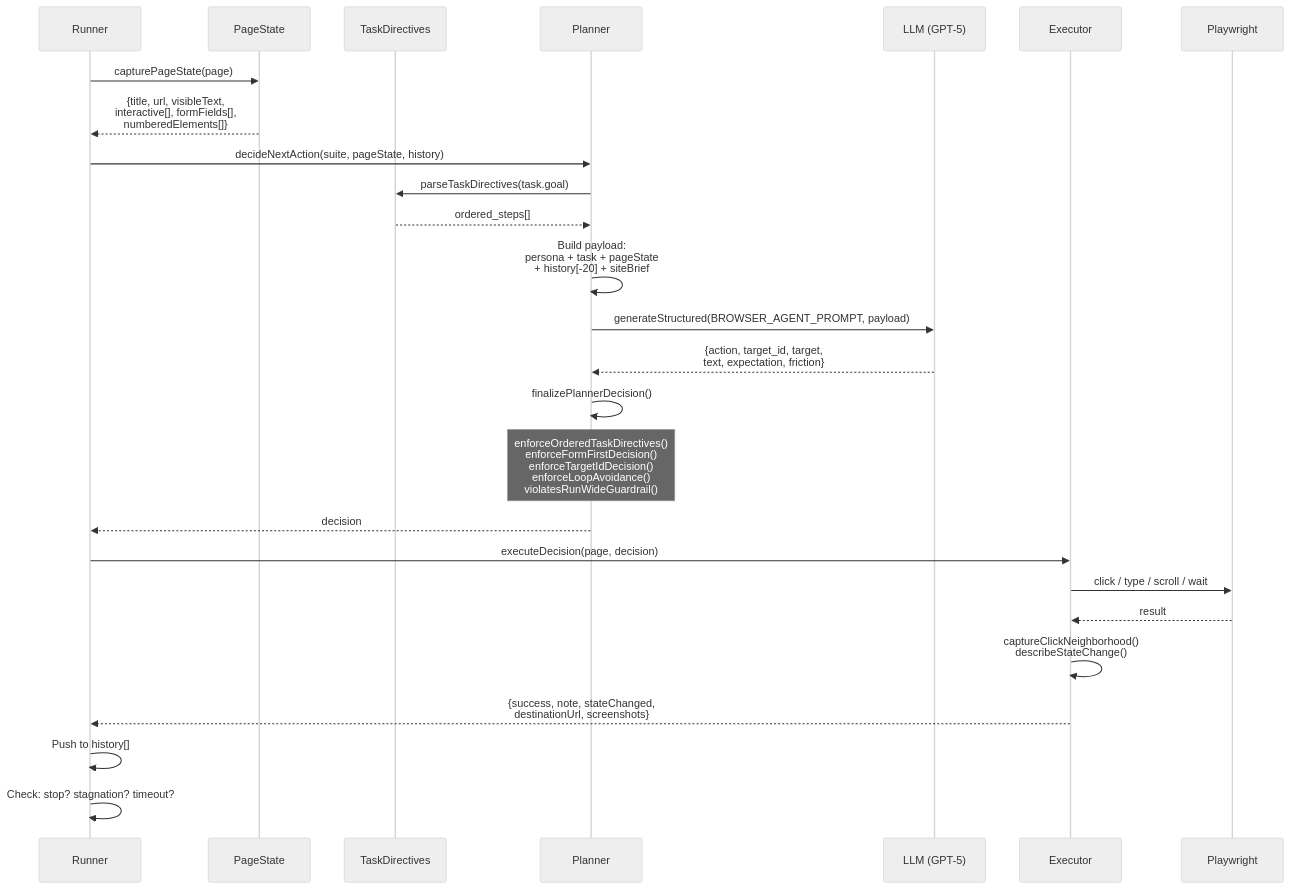
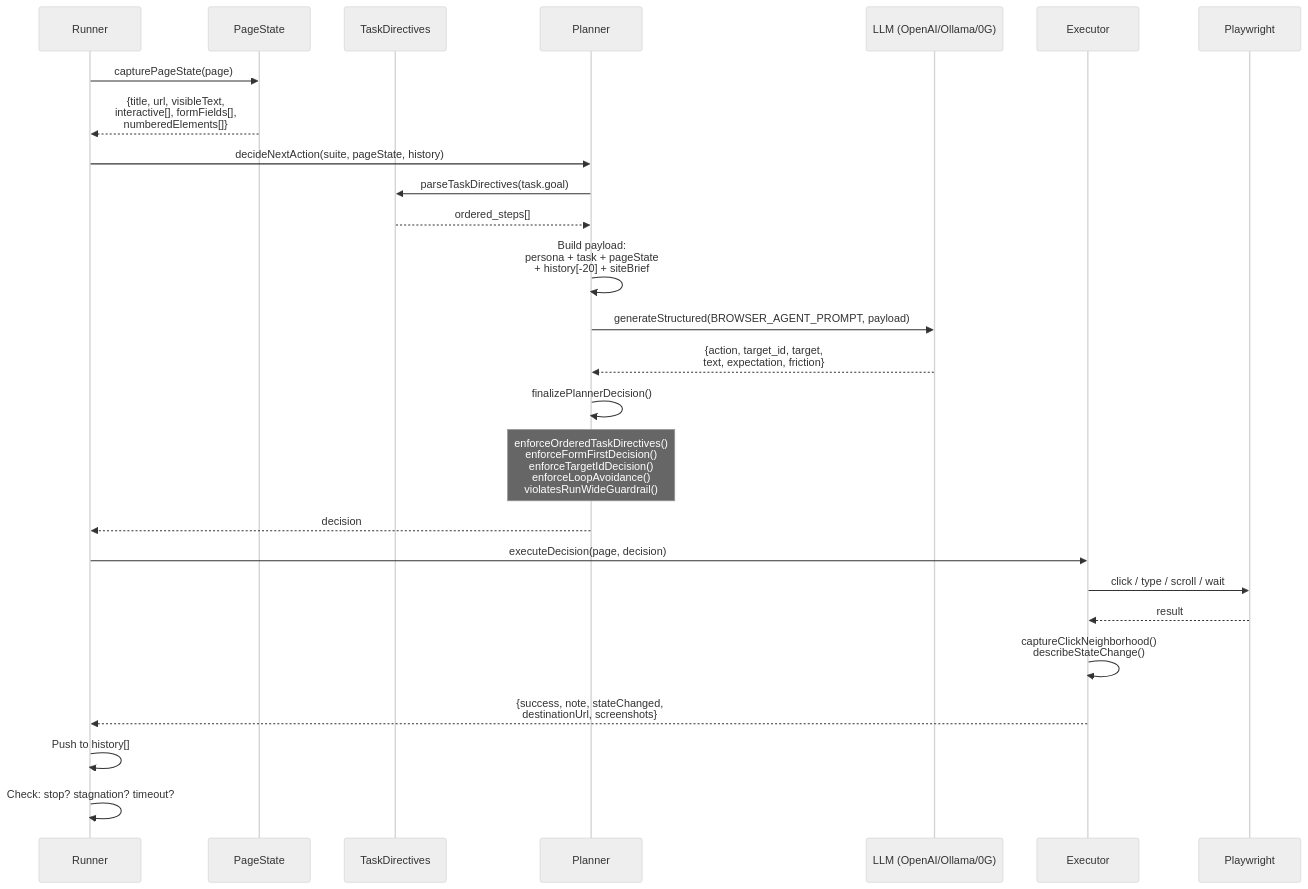
The second of 6 diagrams in ARCHITECTURE.md (CredFluid/site-agent-0G-hackton), drawn with Mermaid (neutral theme) before and after one commit. The commit also changed other lines of this file and 26 other files, not shown here.

````diff
--- a/ARCHITECTURE.md
+++ b/ARCHITECTURE.md
@@ -167,37 +177,37 @@
 ```mermaid
 sequenceDiagram
     participant R as Runner
     participant PS as PageState
     participant TD as TaskDirectives
     participant P as Planner
-    participant LLM as LLM (GPT-5)
+    participant LLM as LLM (OpenAI/Ollama/0G)
     participant E as Executor
     participant PW as Playwright
 
     R->>PS: capturePageState(page)
     PS-->>R: {title, url, visibleText,<br/>interactive[], formFields[],<br/>numberedElements[]}
     
     R->>P: decideNextAction(suite, pageState, history)
     
     P->>TD: parseTaskDirectives(task.goal)
     TD-->>P: ordered_steps[]
     
     P->>P: Build payload:<br/>persona + task + pageState<br/>+ history[-20] + siteBrief
     
     P->>LLM: generateStructured(BROWSER_AGENT_PROMPT, payload)
     LLM-->>P: {action, target_id, target,<br/>text, expectation, friction}
     
     P->>P: finalizePlannerDecision()
     Note over P: enforceOrderedTaskDirectives()<br/>enforceFormFirstDecision()<br/>enforceTargetIdDecision()<br/>enforceLoopAvoidance()<br/>violatesRunWideGuardrail()
     
     P-->>R: decision
     
     R->>E: executeDecision(page, decision)
     E->>PW: click / type / scroll / wait
     PW-->>E: result
     E->>E: captureClickNeighborhood()<br/>describeStateChange()
     E-->>R: {success, note, stateChanged,<br/>destinationUrl, screenshots}
     
     R->>R: Push to history[]
     R->>R: Check: stop? stagnation? timeout?
 ```
````
